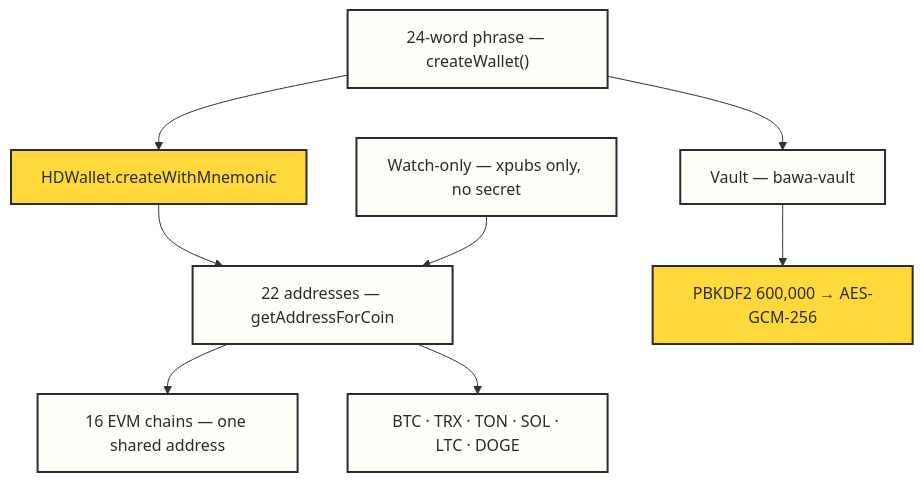
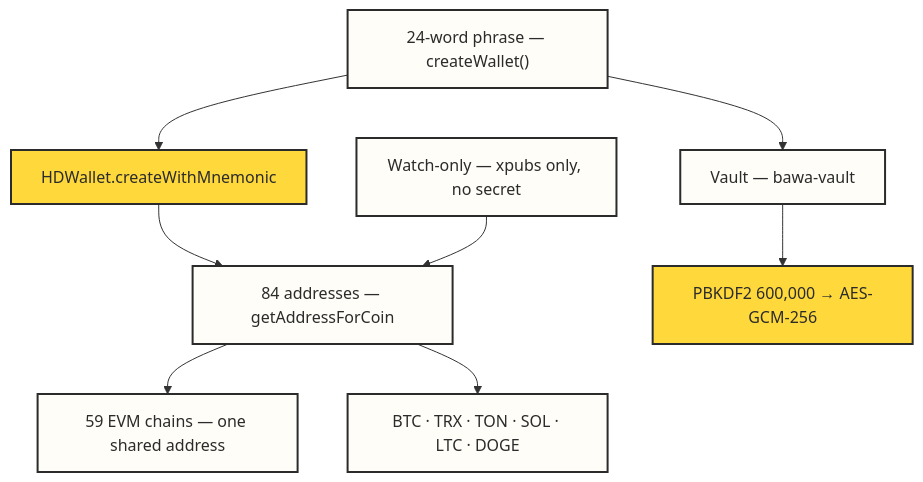
One commit to Pr3eve6ti2o/bawa changed the second of 3 diagrams in docs/HOW-IT-WORKS.md. Above: the diagram before and after it, drawn with Mermaid. The commit also changed other lines of this file and 136 other files, not shown here.

````diff
--- a/docs/HOW-IT-WORKS.md
+++ b/docs/HOW-IT-WORKS.md
@@ -60,21 +60,21 @@
 ```mermaid
 flowchart TB
     accTitle: Keys and vault
     accDescr: One 24-word phrase opens one HD wallet; the vault encrypts it on the device and the core derives one address per chain.
 
     phrase["24-word phrase — createWallet()"] --> hd["HDWallet.createWithMnemonic"]
-    hd --> addrs["22 addresses — getAddressForCoin"]
+    hd --> addrs["84 addresses — getAddressForCoin"]
     phrase --> vault["Vault — bawa-vault"]
     vault --> kdf["PBKDF2 600,000 → AES-GCM-256"]
-    addrs --> evm["16 EVM chains — one shared address"]
+    addrs --> evm["59 EVM chains — one shared address"]
     addrs --> other["BTC · TRX · TON · SOL · LTC · DOGE"]
     watch["Watch-only — xpubs only, no secret"] --> addrs
 
     classDef guide fill:#FFFDF7,stroke:#2B2B2B,stroke-width:2px,color:#2B2B2B
     classDef sun fill:#FFD93B,stroke:#2B2B2B,stroke-width:2px,color:#2B2B2B
     classDef plain fill:#FFFDF7,stroke:#2B2B2B,stroke-width:2px,color:#2B2B2B
 
     class phrase,vault guide
     class hd,kdf sun
     class addrs,evm,other,watch plain
 ```
````
